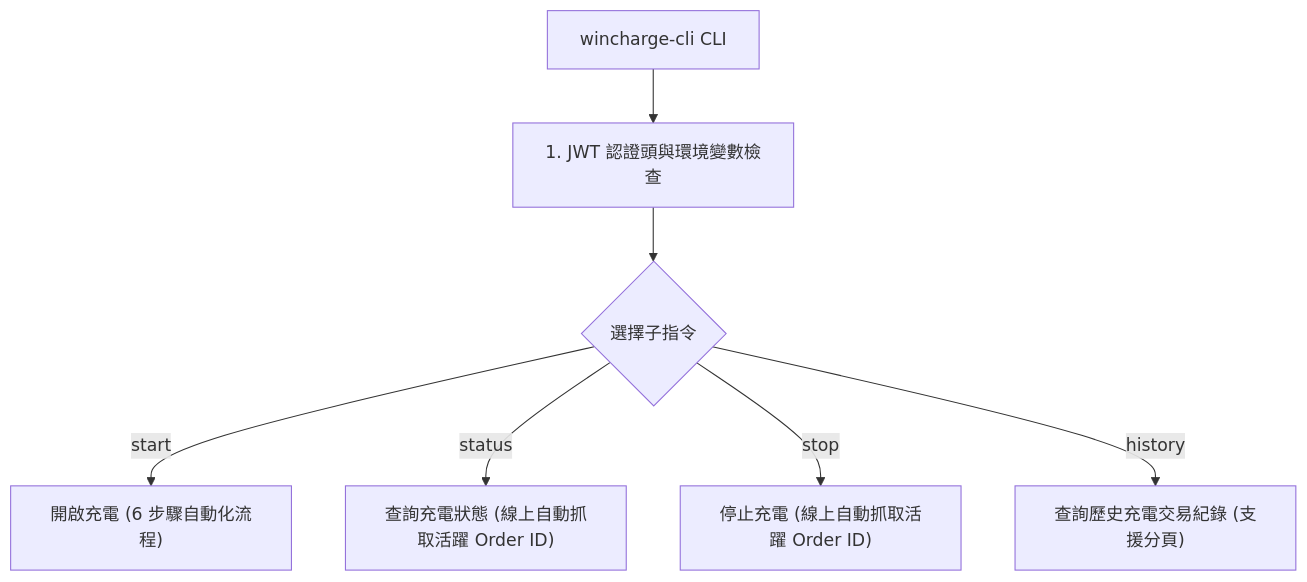
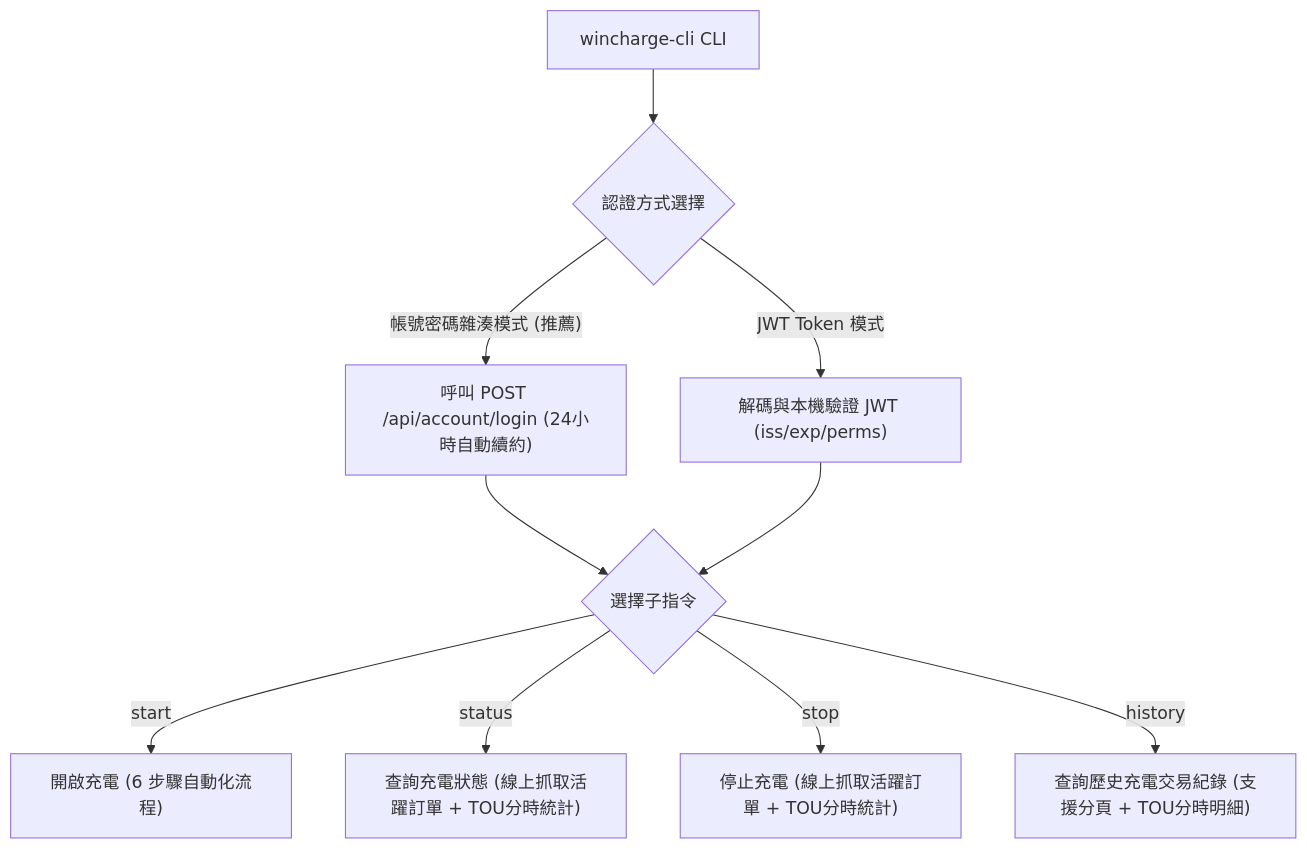
One commit to shuangrain/wincharge-cli changed the first of 2 diagrams in README.md. Above: the diagram before and after it, drawn with Mermaid. The commit also changed other lines of this file and 5 other files, not shown here.

Commit message:
feat: Add account & password-hash login mode with 24h auto-refreshing JWT token management

````diff
--- a/README.md
+++ b/README.md
@@ -60,11 +71,15 @@
 ```mermaid
 graph TD
-    CLI["wincharge-cli CLI"] --> AuthCheck["1. JWT 認證頭與環境變數檢查"]
+    CLI["wincharge-cli CLI"] --> AuthCheck{"認證方式選擇"}
     
-    AuthCheck --> Subcommands{"選擇子指令"}
+    AuthCheck -->|"帳號密碼雜湊模式 (推薦)"| AutoLogin["呼叫 POST /api/account/login (24小時自動續約)"]
+    AuthCheck -->|"JWT Token 模式"| JWTValidate["解碼與本機驗證 JWT (iss/exp/perms)"]
+    
+    AutoLogin --> Subcommands{"選擇子指令"}
+    JWTValidate --> Subcommands
     
     Subcommands -->|"start"| StartFlow["開啟充電 (6 步驟自動化流程)"]
-    Subcommands -->|"status"| StatusFlow["查詢充電狀態 (線上自動抓取活躍 Order ID)"]
-    Subcommands -->|"stop"| StopFlow["停止充電 (線上自動抓取活躍 Order ID)"]
-    Subcommands -->|"history"| HistoryFlow["查詢歷史充電交易紀錄 (支援分頁)"]
+    Subcommands -->|"status"| StatusFlow["查詢充電狀態 (線上抓取活躍訂單 + TOU分時統計)"]
+    Subcommands -->|"stop"| StopFlow["停止充電 (線上抓取活躍訂單 + TOU分時統計)"]
+    Subcommands -->|"history"| HistoryFlow["查詢歷史充電交易紀錄 (支援分頁 + TOU分時明細)"]
 ```
````
